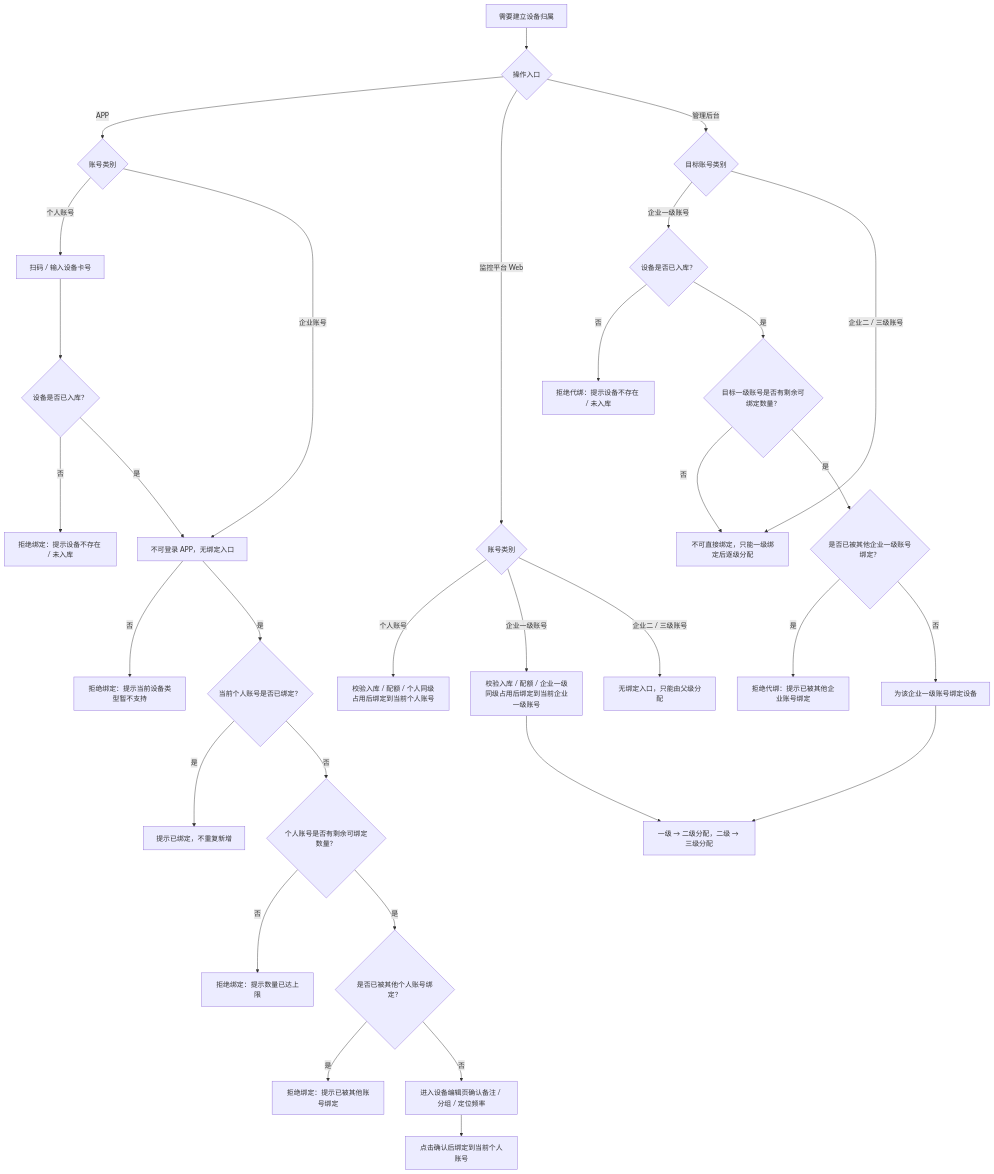
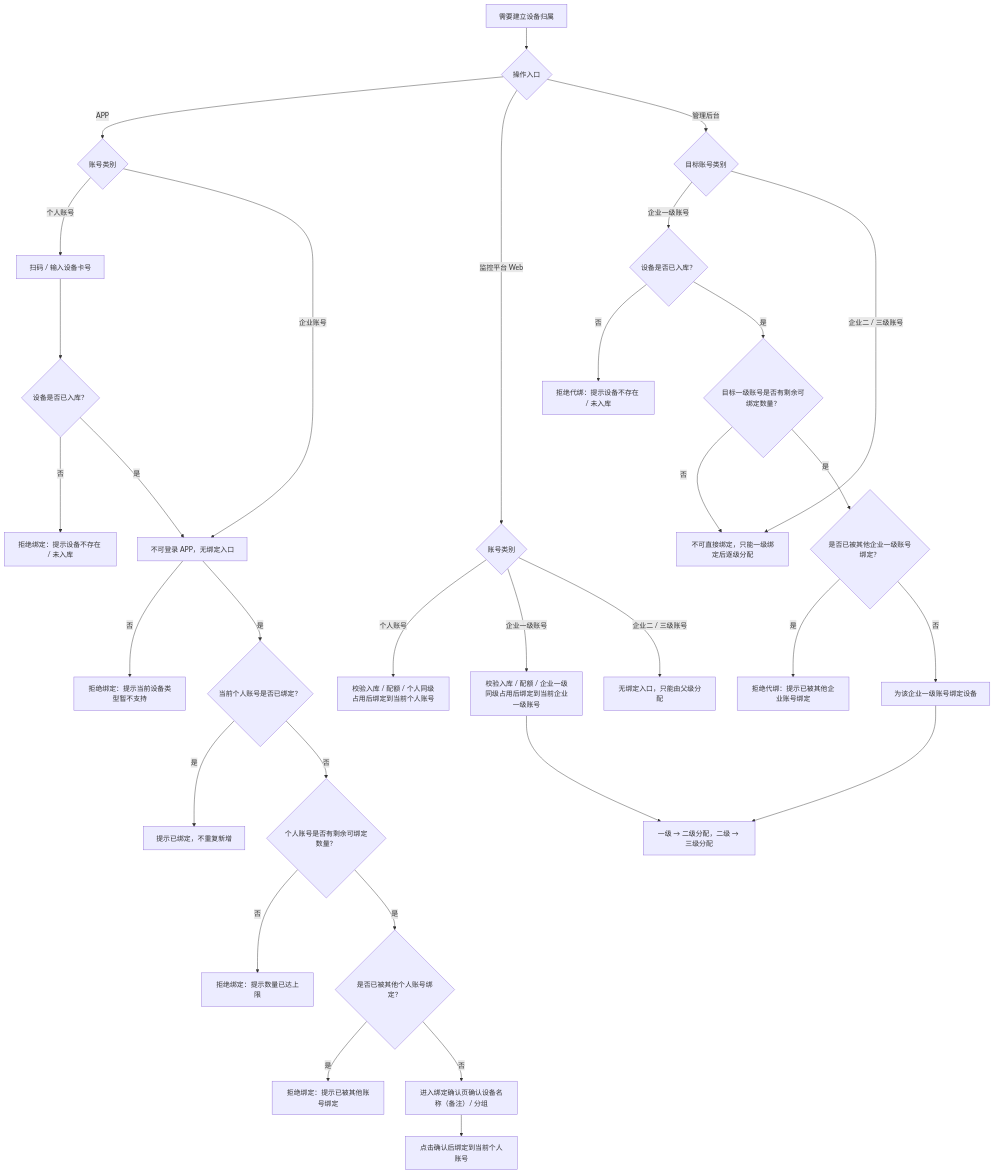
Before and after one commit to CuMgNa/skills: the fourth of 15 diagrams in docs/manuals/革泰/逻辑大纲/革泰 APP 设备管理逻辑点梳理 plan.md, drawn with Mermaid. The commit also changed other lines of this file and 75 other files, not shown here.

````diff
--- a/docs/manuals/革泰/逻辑大纲/革泰 APP 设备管理逻辑点梳理 plan.md
+++ b/docs/manuals/革泰/逻辑大纲/革泰 APP 设备管理逻辑点梳理 plan.md
@@ -181,36 +343,36 @@
 ```mermaid
 flowchart TD
     A["需要建立设备归属"] --> B{"操作入口"}
     B -->|"APP"| C{"账号类别"}
     C -->|"个人账号"| C1["扫码 / 输入设备卡号"]
     C1 --> C2{"设备是否已入库？"}
     C2 -->|"否"| C3["拒绝绑定：提示设备不存在 / 未入库"]
     C2 -->|"是"| C4{"设备类型是否为牛马定位器？"}
     C4 -->|"否"| C5["拒绝绑定：提示当前设备类型暂不支持"]
     C4 -->|"是"| C6{"当前个人账号是否已绑定？"}
     C6 -->|"是"| C7["提示已绑定，不重复新增"]
     C6 -->|"否"| C8{"个人账号是否有剩余可绑定数量？"}
     C8 -->|"否"| C9["拒绝绑定：提示数量已达上限"]
     C8 -->|"是"| C10{"是否已被其他个人账号绑定？"}
     C10 -->|"是"| C11["拒绝绑定：提示已被其他账号绑定"]
-    C10 -->|"否"| C12["进入设备编辑页确认备注 / 分组 / 定位频率"]
+    C10 -->|"否"| C12["进入绑定确认页确认设备名称（备注）/ 分组"]
     C12 --> C13["点击确认后绑定到当前个人账号"]
     C -->|"企业账号"| C4["不可登录 APP，无绑定入口"]
 
     B -->|"监控平台 Web"| D{"账号类别"}
     D -->|"个人账号"| D1["校验入库 / 配额 / 个人同级占用后绑定到当前个人账号"]
     D -->|"企业一级账号"| D2["校验入库 / 配额 / 企业一级同级占用后绑定到当前企业一级账号"]
     D -->|"企业二 / 三级账号"| D3["无绑定入口，只能由父级分配"]
 
     B -->|"管理后台"| E{"目标账号类别"}
     E -->|"企业一级账号"| E1{"设备是否已入库？"}
     E1 -->|"否"| E2["拒绝代绑：提示设备不存在 / 未入库"]
     E1 -->|"是"| E3{"目标一级账号是否有剩余可绑定数量？"}
     E3 -->|"否"| E4["拒绝代绑：提示数量已达上限"]
     E3 -->|"是"| E5{"是否已被其他企业一级账号绑定？"}
     E5 -->|"是"| E6["拒绝代绑：提示已被其他企业账号绑定"]
     E5 -->|"否"| E7["为该企业一级账号绑定设备"]
     E -->|"企业二 / 三级账号"| E4["不可直接绑定，只能一级绑定后逐级分配"]
     E7 --> F["一级 → 二级分配，二级 → 三级分配"]
     D2 --> F
 ```
````
